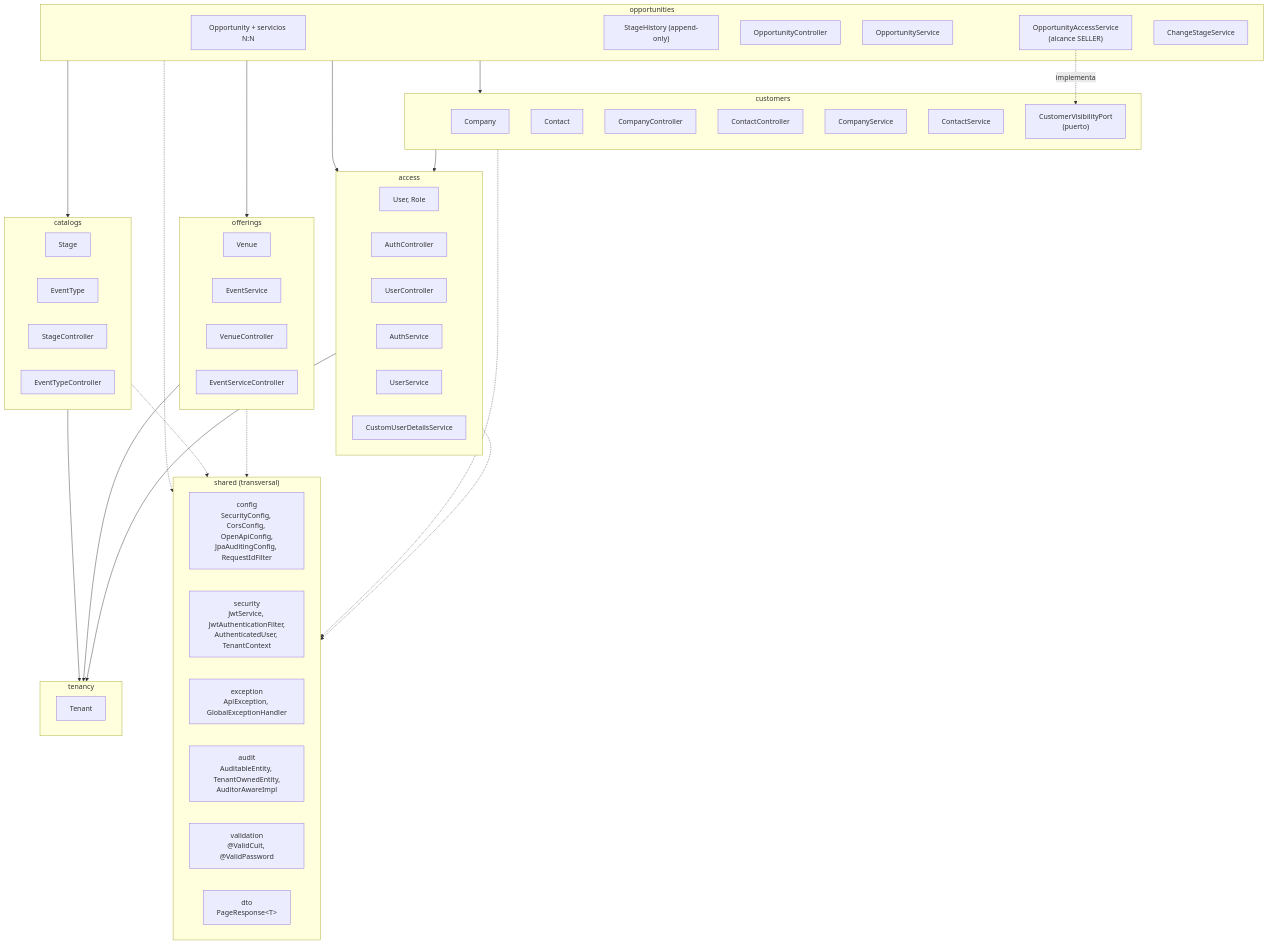
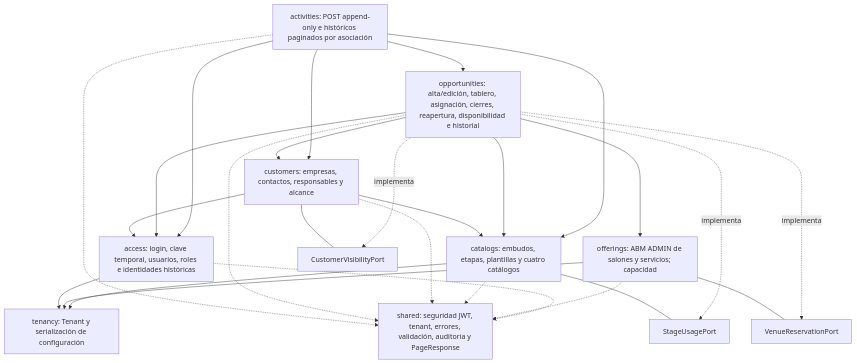
The diagram in backend/docs/diagrams/component-diagram.md (TomasFelice/UNLAM-GADS1), drawn with Mermaid before and after one commit. The commit also changed other lines of this file and 351 other files, not shown here.

````diff
--- a/backend/docs/diagrams/component-diagram.md
+++ b/backend/docs/diagrams/component-diagram.md
@@ -7,73 +6,40 @@
 ```mermaid
 flowchart TB
-    subgraph shared["shared (transversal)"]
-        config["config\nSecurityConfig, CorsConfig, OpenApiConfig,\nJpaAuditingConfig, RequestIdFilter"]
-        security["security\nJwtService, JwtAuthenticationFilter,\nAuthenticatedUser, TenantContext"]
-        exception["exception\nApiException, GlobalExceptionHandler"]
-        audit["audit\nAuditableEntity, TenantOwnedEntity,\nAuditorAwareImpl"]
-        validation["validation\n@ValidCuit, @ValidPassword"]
-        dto["dto\nPageResponse&lt;T&gt;"]
-    end
-
-    subgraph tenancy["tenancy"]
-        Tenant["Tenant"]
-    end
-
-    subgraph access["access"]
-        User["User, Role"]
-        AuthController["AuthController"]
-        UserController["UserController"]
-        AuthService["AuthService"]
-        UserService["UserService"]
-        CustomUserDetailsService["CustomUserDetailsService"]
-    end
-
-    subgraph customers["customers"]
-        Company["Company"]
-        Contact["Contact"]
-        CompanyController["CompanyController"]
-        ContactController["ContactController"]
-        CompanyService["CompanyService"]
-        ContactService["ContactService"]
-        CustomerVisibilityPort["CustomerVisibilityPort<br/>(puerto)"]
-    end
-
-    subgraph offerings["offerings"]
-        Venue["Venue"]
-        EventService["EventService"]
-        VenueController["VenueController"]
-        EventServiceController["EventServiceController"]
-    end
-
-    subgraph catalogs["catalogs"]
-        Stage["Stage"]
-        EventType["EventType"]
-        StageController["StageController"]
-        EventTypeController["EventTypeController"]
-    end
-
-    subgraph opportunities["opportunities"]
-        Opportunity["Opportunity + servicios N:N"]
-        StageHistory["StageHistory (append-only)"]
-        OpportunityController["OpportunityController"]
-        OpportunityService["OpportunityService"]
-        OpportunityAccessService["OpportunityAccessService<br/>(alcance SELLER)"]
-        ChangeStageService["ChangeStageService"]
-    end
+    shared["shared: seguridad JWT, tenant, errores, validación, auditoría y PageResponse"]
+    tenancy["tenancy: Tenant y serialización de configuración"]
+    access["access: login, clave temporal, usuarios, roles e identidades históricas"]
+    customers["customers: empresas, contactos, responsables y alcance"]
+    offerings["offerings: ABM ADMIN de salones y servicios; capacidad"]
+    catalogs["catalogs: embudos, etapas, plantillas y cuatro catálogos"]
+    opportunities["opportunities: alta/edición, tablero, asignación, cierres, reapertura, disponibilidad e historial"]
+    activities["activities: POST append-only e históricos paginados por asociación"]
+    visibility["CustomerVisibilityPort"]
+    reservations["VenueReservationPort"]
+    usage["StageUsagePort"]
 
     access --> tenancy
     customers --> access
+    customers --> catalogs
     offerings --> tenancy
     catalogs --> tenancy
-    opportunities --> access
     opportunities --> customers
     opportunities --> offerings
     opportunities --> catalogs
-    OpportunityAccessService -. implementa .-> CustomerVisibilityPort
-
+    opportunities --> access
+    activities --> opportunities
+    activities --> customers
+    activities --> catalogs
+    activities --> access
+    customers --- visibility
+    offerings --- reservations
+    catalogs --- usage
+    opportunities -. implementa .-> visibility
+    opportunities -. implementa .-> reservations
+    opportunities -. implementa .-> usage
+    activities -.-> shared
+    opportunities -.-> shared
+    customers -.-> shared
+    catalogs -.-> shared
+    offerings -.-> shared
     access -.-> shared
-    customers -.-> shared
-    offerings -.-> shared
-    catalogs -.-> shared
-    opportunities -.-> shared
 ```
````
